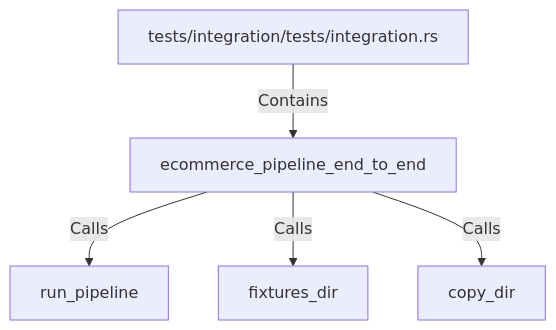
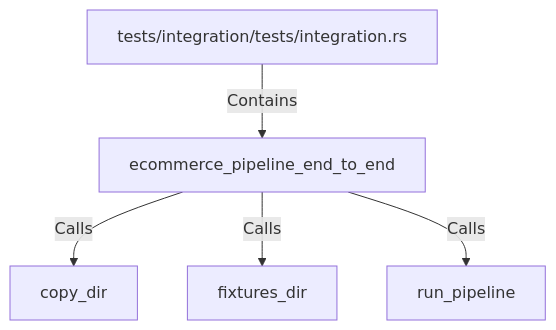
One commit to alexeyban/EKOS changed the diagram in doc/entities/rustsymbol/ec/ecommerce-pipeline-end-to-end.md. Above: the diagram before and after it, drawn with Mermaid. The commit also changed other lines of this file and 552 other files, not shown here.

````diff
--- a/doc/entities/rustsymbol/ec/ecommerce-pipeline-end-to-end.md
+++ b/doc/entities/rustsymbol/ec/ecommerce-pipeline-end-to-end.md
@@ -23,12 +23,12 @@
 ```mermaid
 graph TD
     na57c4f646fb858beaa297c411ae6f5ad["ecommerce_pipeline_end_to_end"]
     n23e9eb43c8df52b5a581f2efba7085ea["tests/integration/tests/integration.rs"]
     n23e9eb43c8df52b5a581f2efba7085ea -->|Contains| na57c4f646fb858beaa297c411ae6f5ad
+    n7496161f1e515c7cbb5a03d64200bb13["copy_dir"]
+    na57c4f646fb858beaa297c411ae6f5ad -->|Calls| n7496161f1e515c7cbb5a03d64200bb13
+    n5fe11438f6845c87b6028ed880979203["fixtures_dir"]
+    na57c4f646fb858beaa297c411ae6f5ad -->|Calls| n5fe11438f6845c87b6028ed880979203
     n6bb7df902b2150fa9dc1ddde4307ef92["run_pipeline"]
     na57c4f646fb858beaa297c411ae6f5ad -->|Calls| n6bb7df902b2150fa9dc1ddde4307ef92
-    n5fe11438f6845c87b6028ed880979203["fixtures_dir"]
-    na57c4f646fb858beaa297c411ae6f5ad -->|Calls| n5fe11438f6845c87b6028ed880979203
-    n7496161f1e515c7cbb5a03d64200bb13["copy_dir"]
-    na57c4f646fb858beaa297c411ae6f5ad -->|Calls| n7496161f1e515c7cbb5a03d64200bb13
 ```
````
